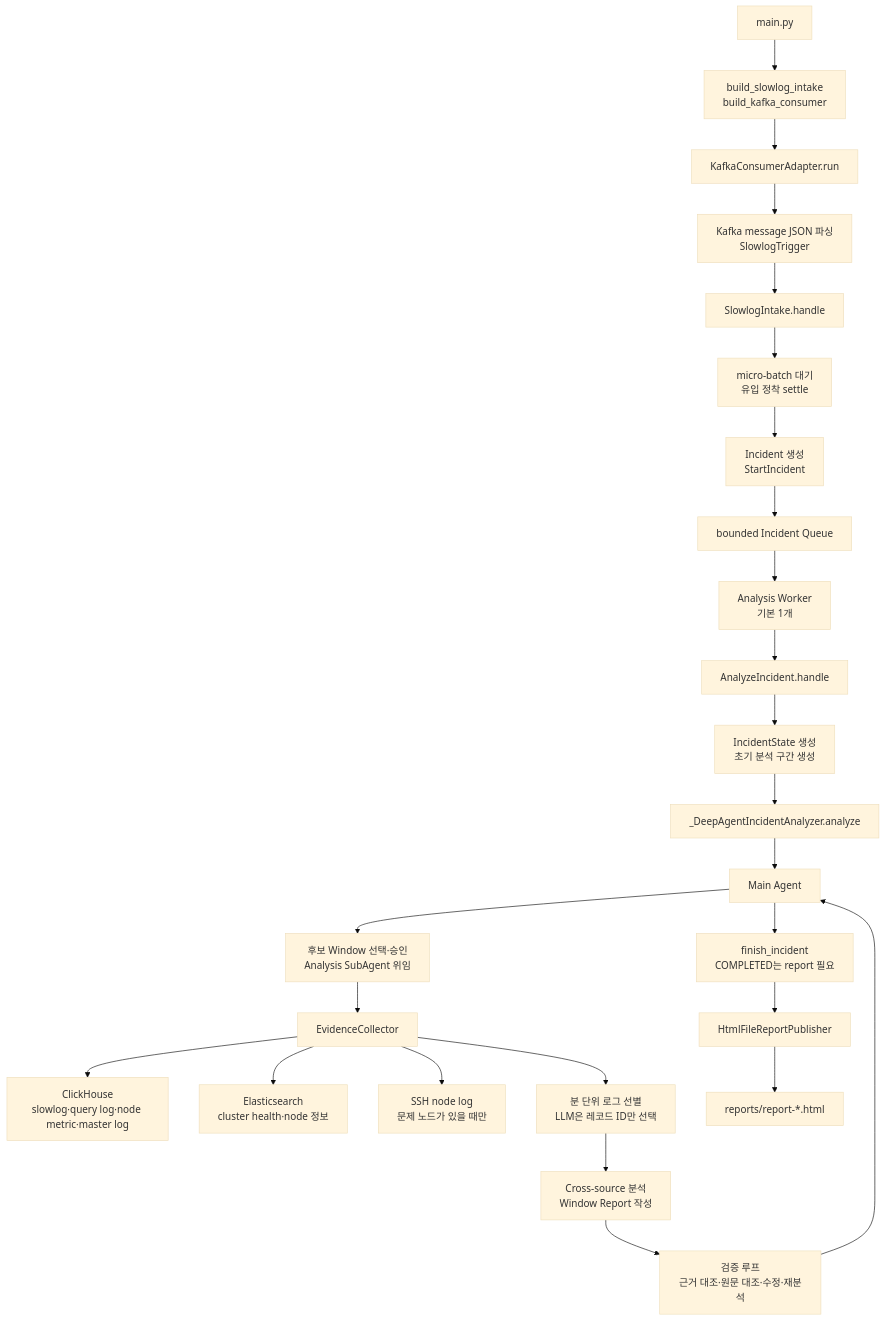
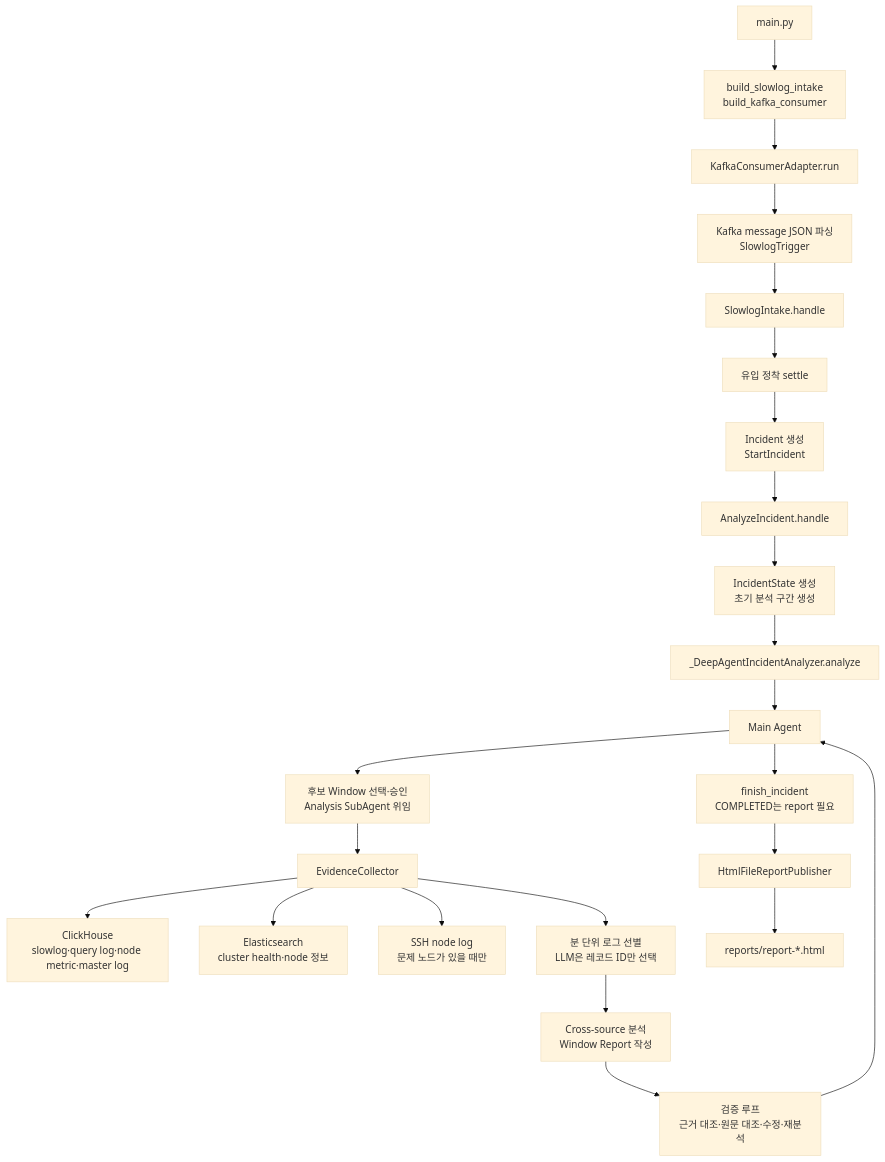
The diagram in README.md (BaektotheFuture98/ClusterDoctor), drawn with Mermaid (base theme) before and after one commit. The commit also changed other lines of this file and 7 other files, not shown here.

First line of the commit message:
refactor: simplify slowlog intake to a single sequential settle-analyze loop

````diff
--- a/README.md
+++ b/README.md
@@ -263,27 +261,25 @@
 ```mermaid
 flowchart TD
     A[main.py] --> B[build_slowlog_intake<br/>build_kafka_consumer]
     B --> C[KafkaConsumerAdapter.run]
     C --> D[Kafka message JSON 파싱<br/>SlowlogTrigger]
     D --> E[SlowlogIntake.handle]
-    E --> F[micro-batch 대기<br/>유입 정착 settle]
+    E --> F[유입 정착 settle]
     F --> G[Incident 생성<br/>StartIncident]
-    G --> GQ[bounded Incident Queue]
-    GQ --> GW[Analysis Worker<br/>기본 1개]
-    GW --> H[AnalyzeIncident.handle]
+    G --> H[AnalyzeIncident.handle]
     H --> I[IncidentState 생성<br/>초기 분석 구간 생성]
     I --> J[_DeepAgentIncidentAnalyzer.analyze]
     J --> K[Main Agent]
     K --> L[후보 Window 선택·승인<br/>Analysis SubAgent 위임]
     L --> M[EvidenceCollector]
     M --> N[ClickHouse<br/>slowlog·query log·node metric·master log]
     M --> O[Elasticsearch<br/>cluster health·node 정보]
     M --> P[SSH node log<br/>문제 노드가 있을 때만]
     M --> Q[분 단위 로그 선별<br/>LLM은 레코드 ID만 선택]
     Q --> R[Cross-source 분석<br/>Window Report 작성]
     R --> S[검증 루프<br/>근거 대조·원문 대조·수정·재분석]
     S --> K
     K --> SF[finish_incident<br/>COMPLETED는 report 필요]
     SF --> U[HtmlFileReportPublisher]
     U --> V[reports/report-*.html]
 ```
````
